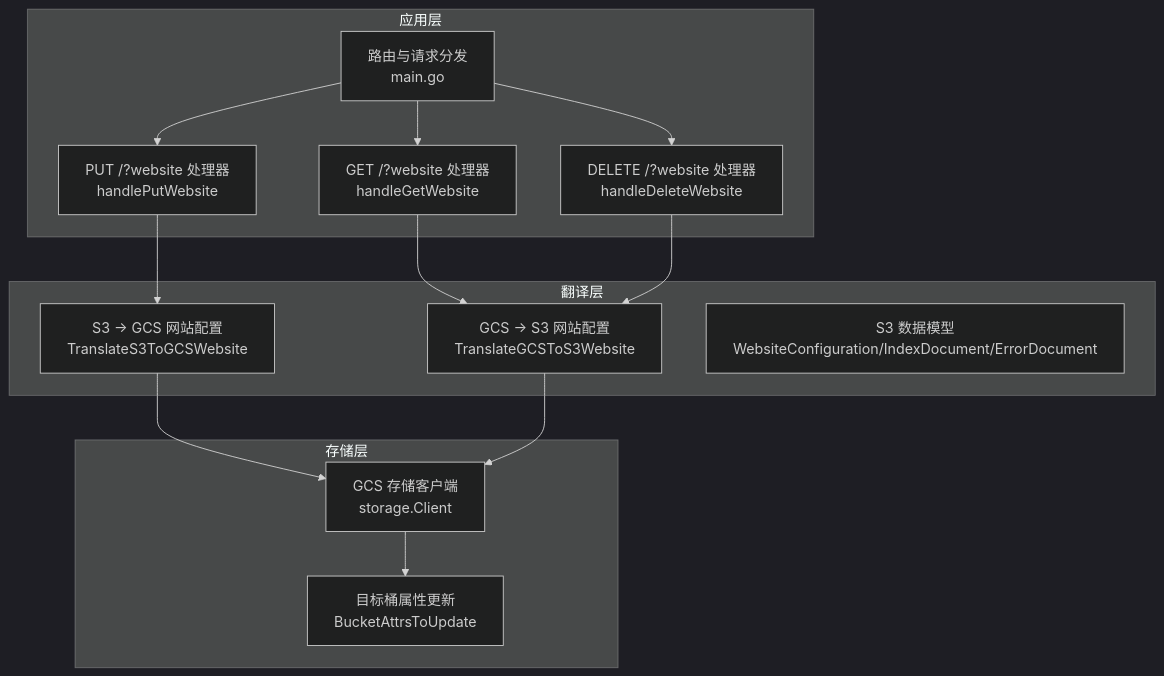
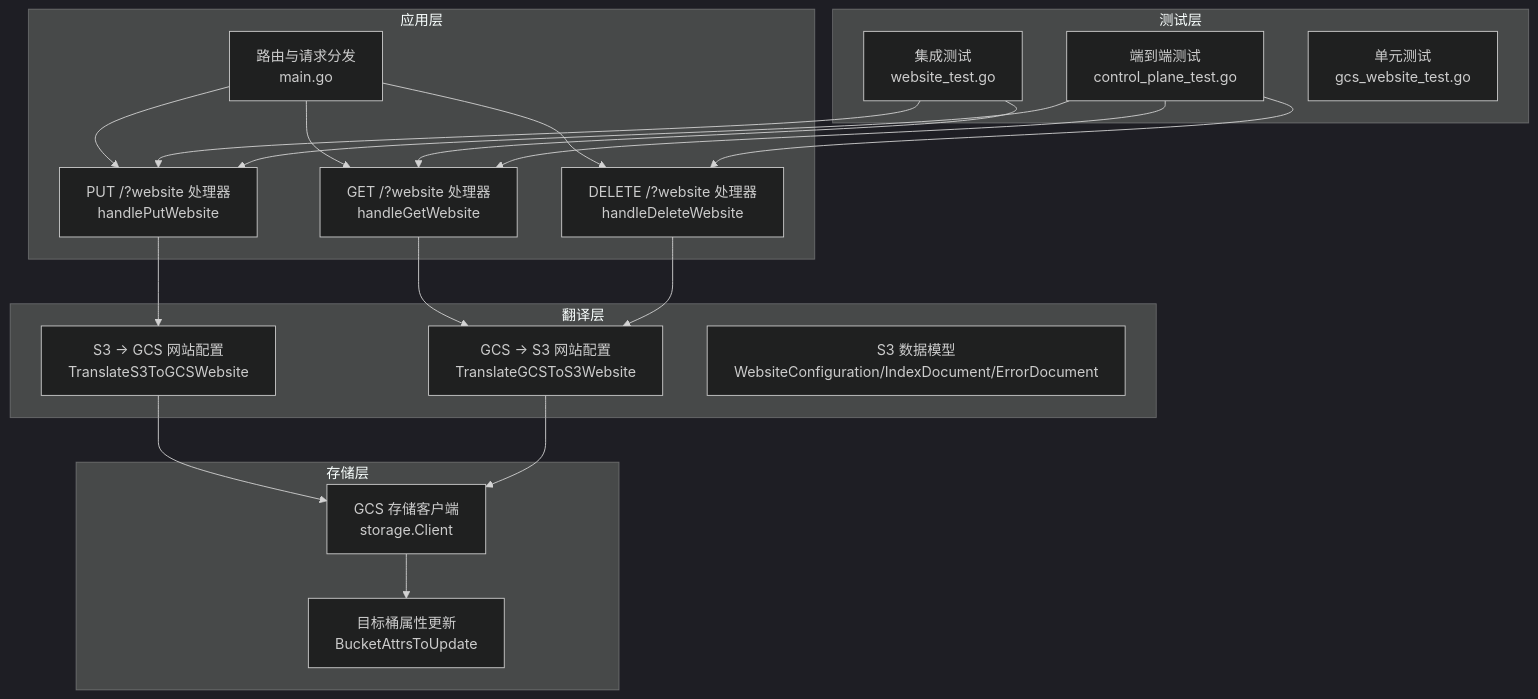
Before and after one commit to flying1574/S3Proxy4GCS: the first of 5 diagrams in .qoder/repowiki/zh/content/核心功能/网站托管配置.md, drawn with Mermaid (dark theme). The commit also changed other lines of this file and 10 other files, not shown here.

````diff
--- a/.qoder/repowiki/zh/content/核心功能/网站托管配置.md
+++ b/.qoder/repowiki/zh/content/核心功能/网站托管配置.md
@@ -45,27 +59,37 @@
 ```mermaid
 graph TB
 subgraph "应用层"
 R["路由与请求分发<br/>main.go"]
 H1["PUT /?website 处理器<br/>handlePutWebsite"]
 H2["GET /?website 处理器<br/>handleGetWebsite"]
 H3["DELETE /?website 处理器<br/>handleDeleteWebsite"]
 end
 subgraph "翻译层"
 T1["S3 -> GCS 网站配置<br/>TranslateS3ToGCSWebsite"]
 T2["GCS -> S3 网站配置<br/>TranslateGCSToS3Website"]
 M1["S3 数据模型<br/>WebsiteConfiguration/IndexDocument/ErrorDocument"]
 end
 subgraph "存储层"
 GCS["GCS 存储客户端<br/>storage.Client"]
 B["目标桶属性更新<br/>BucketAttrsToUpdate"]
 end
+subgraph "测试层"
+IT["集成测试<br/>website_test.go"]
+ET["端到端测试<br/>control_plane_test.go"]
+UT["单元测试<br/>gcs_website_test.go"]
+end
 R --> H1
 R --> H2
 R --> H3
 H1 --> T1
 H2 --> T2
 H3 --> T2
 T1 --> GCS
 T2 --> GCS
 GCS --> B
+IT --> H1
+IT --> H2
+ET --> H1
+ET --> H2
+ET --> H3
 ```
````
